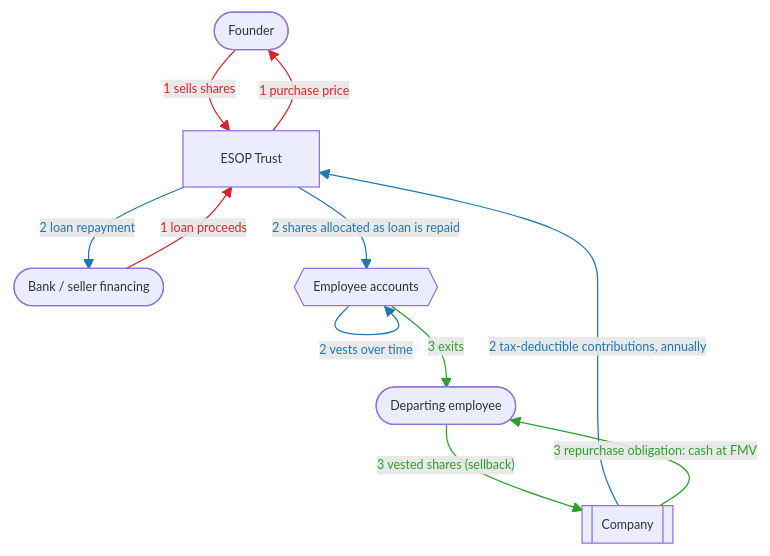
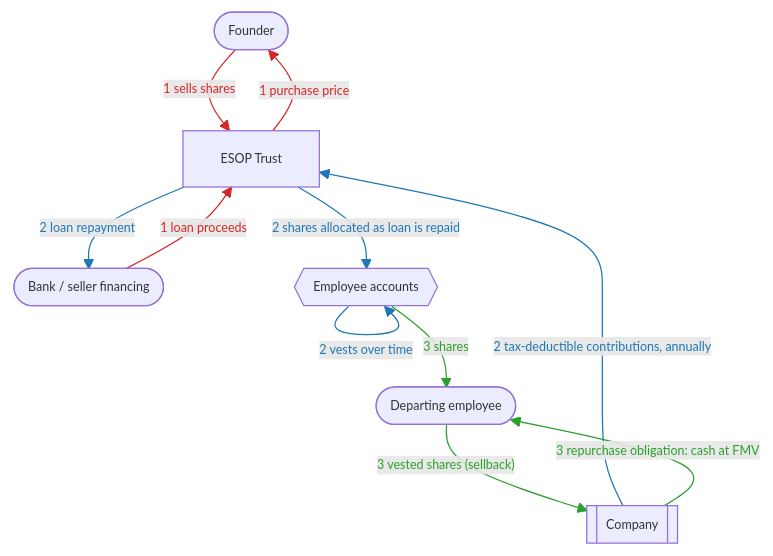
One commit to doikayt/admin changed the first of 2 diagrams in governance/commons-hub-pattern.md. Above: the diagram before and after it, drawn with Mermaid.

Commit message:
docs: relabel ESOP diagram exit edge as shares, not status change
The Employees->Departing edge already vested shares in phase 2; relabeling
it "shares" keeps it consistent with every other edge in the diagram
being a flow of something, instead of standing out as a status-change
label.

Claude-Session: https://claude.ai/code/session_01DRtW2n6hJJti1xaE3QsdLq

````diff
--- a/governance/commons-hub-pattern.md
+++ b/governance/commons-hub-pattern.md
@@ -403,24 +403,24 @@
 ```mermaid
 %%{init: {"themeVariables": {"fontSize": "10px"}}}%%
 flowchart TD
     Founder([Founder])
     Lender([Bank / seller financing])
     Trust[ESOP Trust]
     Company[[Company]]
     Employees{{Employee accounts}}
     Departing([Departing employee])
 
     Founder -- "1 sells shares" --> Trust
     Lender -- "1 loan proceeds" --> Trust
     Trust -- "1 purchase price" --> Founder
     Company -- "2 tax-deductible contributions, annually" --> Trust
     Trust -- "2 loan repayment" --> Lender
     Trust -- "2 shares allocated as loan is repaid" --> Employees
     Employees -- "2 vests over time" --> Employees
-    Employees -- "3 exits" --> Departing
+    Employees -- "3 shares" --> Departing
     Departing -- "3 vested shares (sellback)" --> Company
     Company -- "3 repurchase obligation: cash at FMV" --> Departing
     linkStyle 0,1,2 stroke:#d62728,color:#d62728
     linkStyle 3,4,5,6 stroke:#1f77b4,color:#1f77b4
     linkStyle 7,8,9 stroke:#2ca02c,color:#2ca02c
 ```
````
